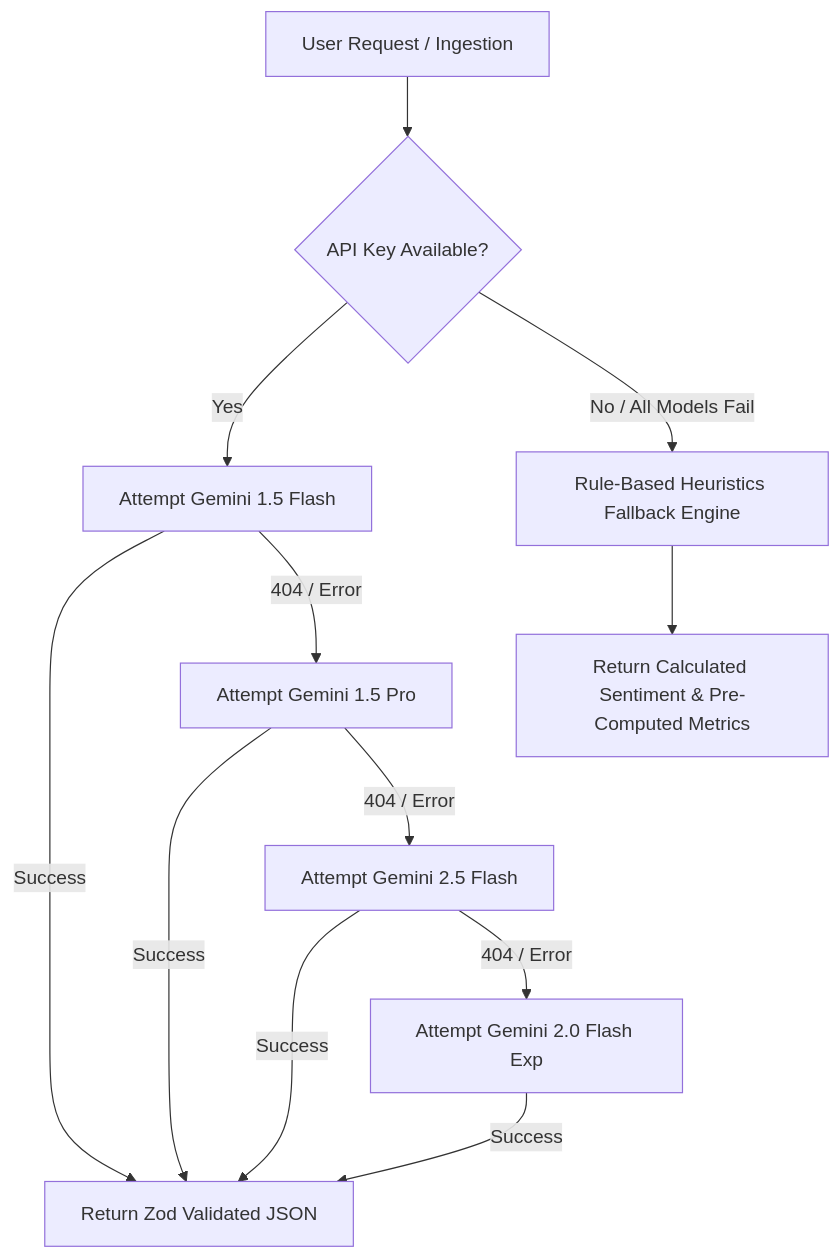
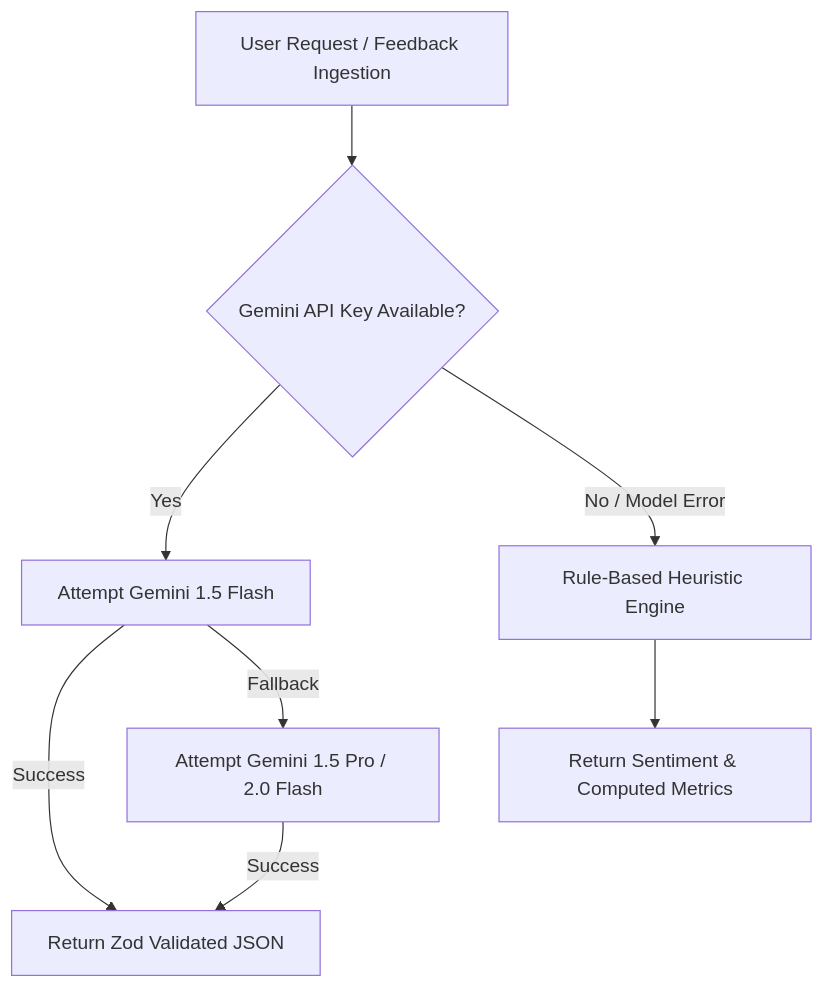
Before and after one commit to Krishna19-dev/Loop.main: the diagram in README.md, drawn with Mermaid. The commit also changed other lines of this file and 7 other files, not shown here.

````diff
--- a/README.md
+++ b/README.md
@@ -123,14 +27,10 @@
 ```mermaid
 graph TD
-    A[User Request / Ingestion] --> B{API Key Available?}
+    A[User Request / Feedback Ingestion] --> B{Gemini API Key Available?}
     B -- Yes --> C[Attempt Gemini 1.5 Flash]
     C -- Success --> G[Return Zod Validated JSON]
-    C -- 404 / Error --> D[Attempt Gemini 1.5 Pro]
+    C -- Fallback --> D[Attempt Gemini 1.5 Pro / 2.0 Flash]
     D -- Success --> G
-    D -- 404 / Error --> E[Attempt Gemini 2.5 Flash]
-    E -- Success --> G
-    E -- 404 / Error --> F[Attempt Gemini 2.0 Flash Exp]
-    F -- Success --> G
-    B -- No / All Models Fail --> H[Rule-Based Heuristics Fallback Engine]
-    H --> I[Return Calculated Sentiment & Pre-Computed Metrics]
+    B -- No / Model Error --> H[Rule-Based Heuristic Engine]
+    H --> I[Return Sentiment & Computed Metrics]
 ```
````
